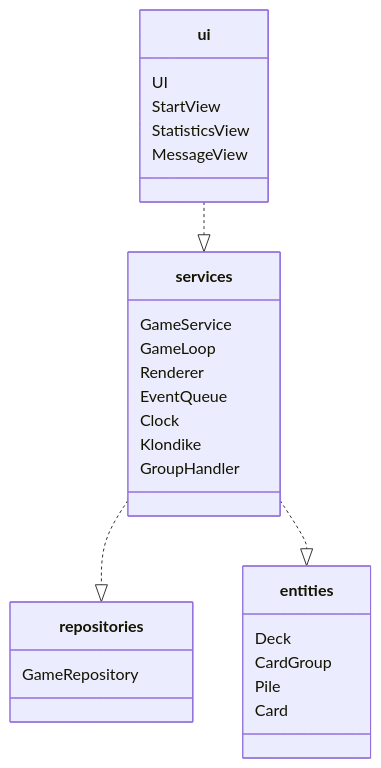
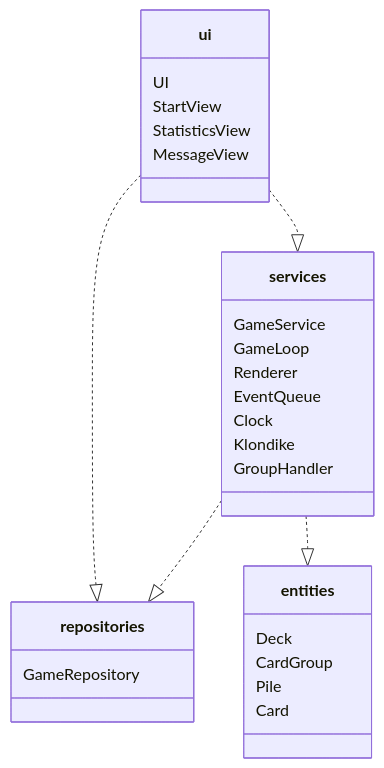
Before and after one commit to pankalai/ot-harjoitustyo: the first of 5 diagrams in pasianssi-app/dokumentaatio/arkkitehtuuri.md, drawn with Mermaid.

Commit message:
arkkitehtuurikuvauksen päivitys

````diff
--- a/pasianssi-app/dokumentaatio/arkkitehtuuri.md
+++ b/pasianssi-app/dokumentaatio/arkkitehtuuri.md
@@ -7,31 +7,32 @@
 ```mermaid
  classDiagram
    ui ..|> services
+   ui ..|> repositories
    services ..|> repositories
    services ..|> entities
 
     class ui{
         UI
         StartView
         StatisticsView
         MessageView
     }
     class services{
         GameService
         GameLoop
         Renderer
         EventQueue
         Clock
         Klondike
         GroupHandler
     }
     class repositories{
         GameRepository
     }
     class entities{
         Deck
         CardGroup
         Pile
         Card
     }
 ```
````
